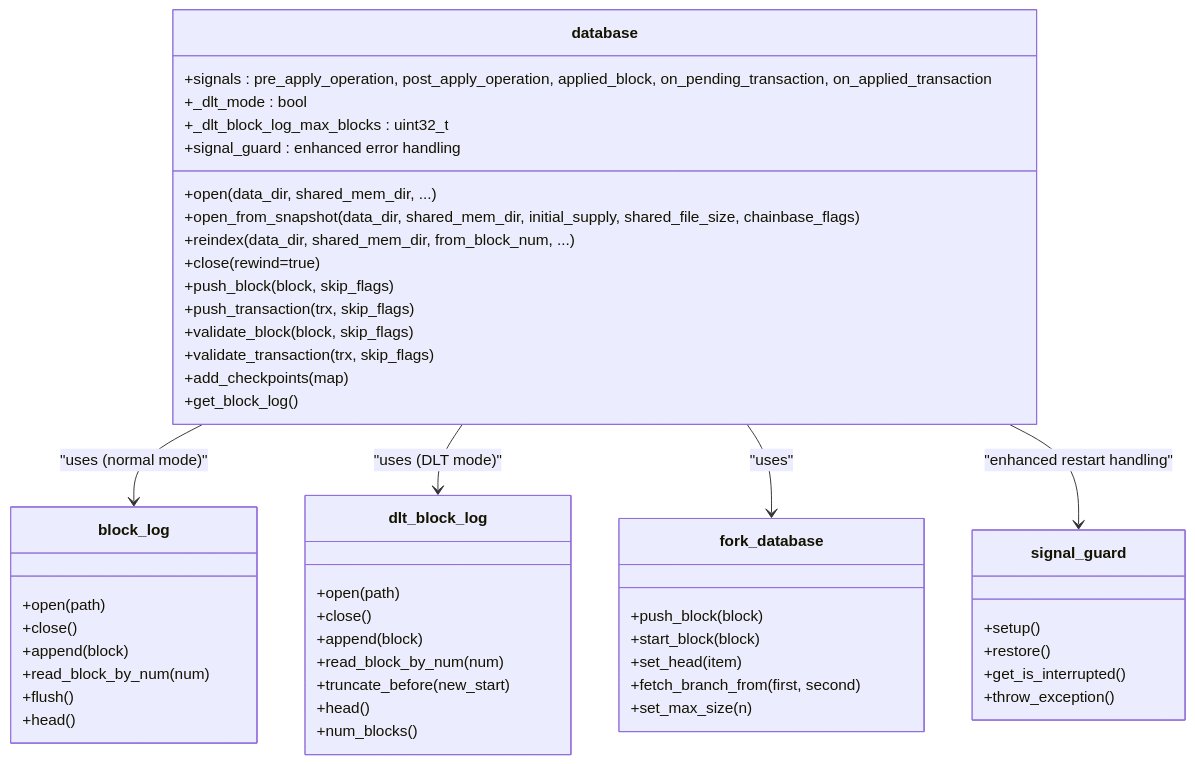
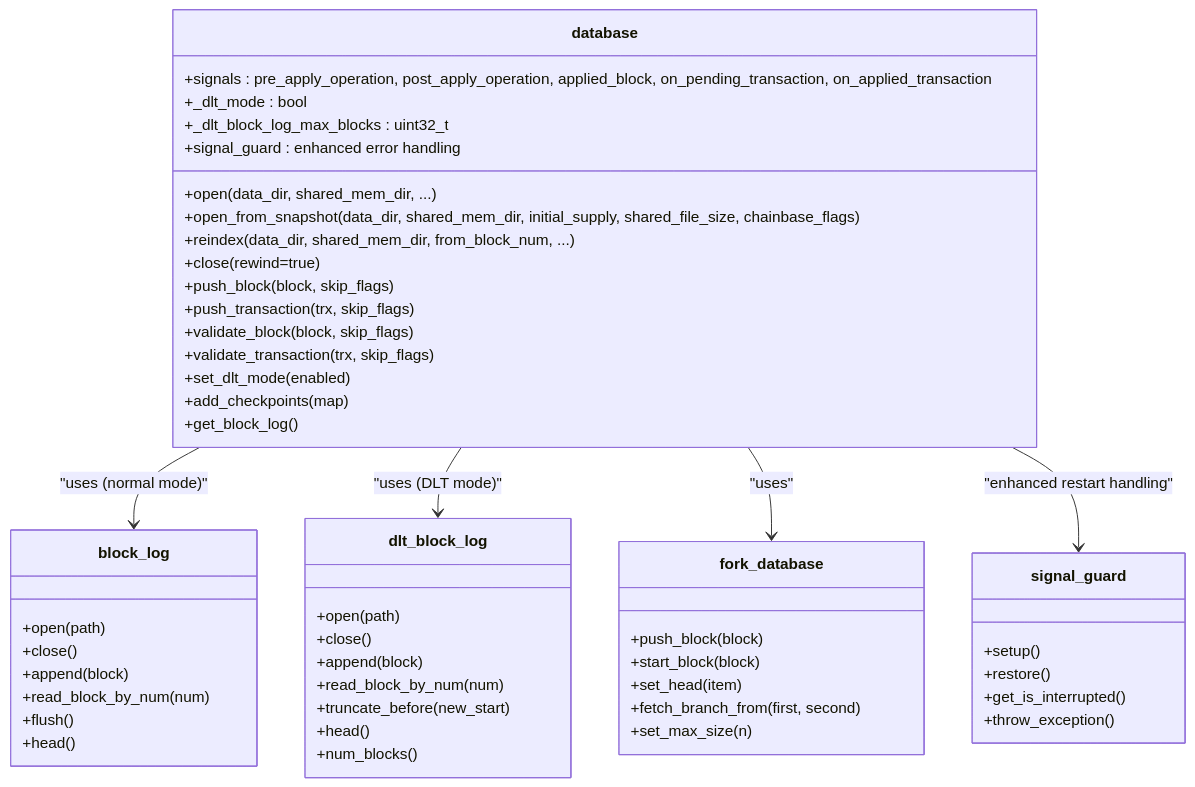
The second of 12 diagrams in .qoder/repowiki/en/content/Architecture Overview/Core Libraries/Chain Library/Database Management/Database Management.md (VIZ-Blockchain/viz-cpp-node), drawn with Mermaid before and after one commit. The commit also changed other lines of this file and 4 other files, not shown here.

First line of the commit message:
feat(dlt): enhance DLT mode detection, validation, and error handling

````diff
--- a/.qoder/repowiki/en/content/Architecture Overview/Core Libraries/Chain Library/Database Management/Database Management.md
+++ b/.qoder/repowiki/en/content/Architecture Overview/Core Libraries/Chain Library/Database Management/Database Management.md
@@ -117,53 +125,54 @@
 ```mermaid
 classDiagram
 class database {
 +open(data_dir, shared_mem_dir, ...)
 +open_from_snapshot(data_dir, shared_mem_dir, initial_supply, shared_file_size, chainbase_flags)
 +reindex(data_dir, shared_mem_dir, from_block_num, ...)
 +close(rewind=true)
 +push_block(block, skip_flags)
 +push_transaction(trx, skip_flags)
 +validate_block(block, skip_flags)
 +validate_transaction(trx, skip_flags)
++set_dlt_mode(enabled)
 +add_checkpoints(map)
 +get_block_log()
 +signals : pre_apply_operation, post_apply_operation, applied_block, on_pending_transaction, on_applied_transaction
 +_dlt_mode : bool
 +_dlt_block_log_max_blocks : uint32_t
 +signal_guard : enhanced error handling
 }
 class block_log {
 +open(path)
 +close()
 +append(block)
 +read_block_by_num(num)
 +flush()
 +head()
 }
 class dlt_block_log {
 +open(path)
 +close()
 +append(block)
 +read_block_by_num(num)
 +truncate_before(new_start)
 +head()
 +num_blocks()
 }
 class fork_database {
 +push_block(block)
 +start_block(block)
 +set_head(item)
 +fetch_branch_from(first, second)
 +set_max_size(n)
 }
 class signal_guard {
 +setup()
 +restore()
 +get_is_interrupted()
 +throw_exception()
 }
 database --> block_log : "uses (normal mode)"
 database --> dlt_block_log : "uses (DLT mode)"
 database --> fork_database : "uses"
 database --> signal_guard : "enhanced restart handling"
 ```
````
